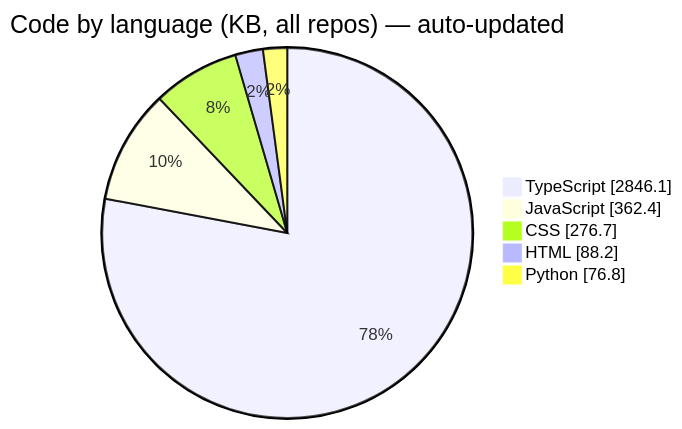
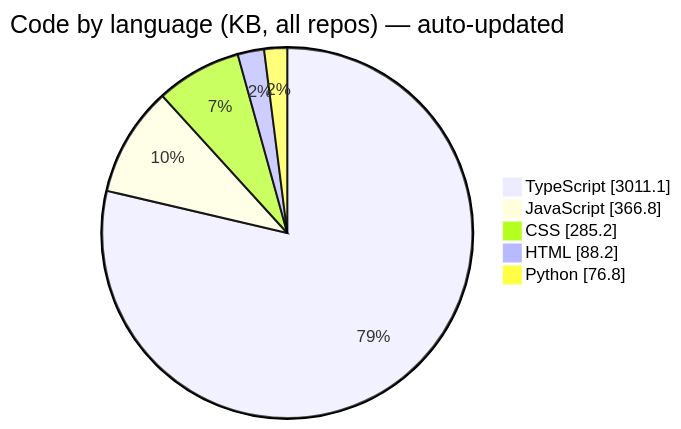
One commit to Manashjyoti-Bora/Manashjyoti-Bora changed the third of 6 diagrams in README.md. Above: the diagram before and after it, drawn with Mermaid. The commit also changed other lines of this file and 2 other files, not shown here.

````diff
--- a/README.md
+++ b/README.md
@@ -196,9 +196,9 @@
 ```mermaid
 pie showData
     title Code by language (KB, all repos) — auto-updated
-    "TypeScript" : 2846.1
-    "JavaScript" : 362.4
-    "CSS" : 276.7
+    "TypeScript" : 3011.1
+    "JavaScript" : 366.8
+    "CSS" : 285.2
     "HTML" : 88.2
     "Python" : 76.8
 ```
````
